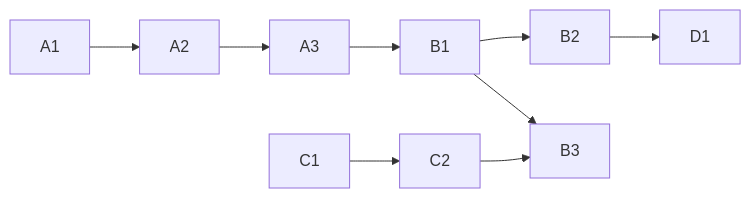
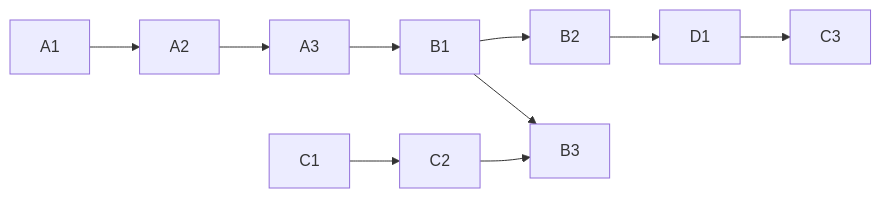
Before and after one commit to FraysaXII/openclaw-akos: the diagram in docs/wip/planning/14-holistika-internal-gtm-mops/reports/EXECUTION-BACKLOG.md, drawn with Mermaid. The commit also changed other lines of this file and 26 other files, not shown here.

````diff
--- a/docs/wip/planning/14-holistika-internal-gtm-mops/reports/EXECUTION-BACKLOG.md
+++ b/docs/wip/planning/14-holistika-internal-gtm-mops/reports/EXECUTION-BACKLOG.md
@@ -52,11 +67,12 @@
 ```mermaid
 flowchart LR
   A1 --> A2
   A2 --> A3
   A3 --> B1
   B1 --> B2
   B1 --> B3
   C1 --> C2
   C2 --> B3
   B2 --> D1
+  D1 --> C3
 ```
````
